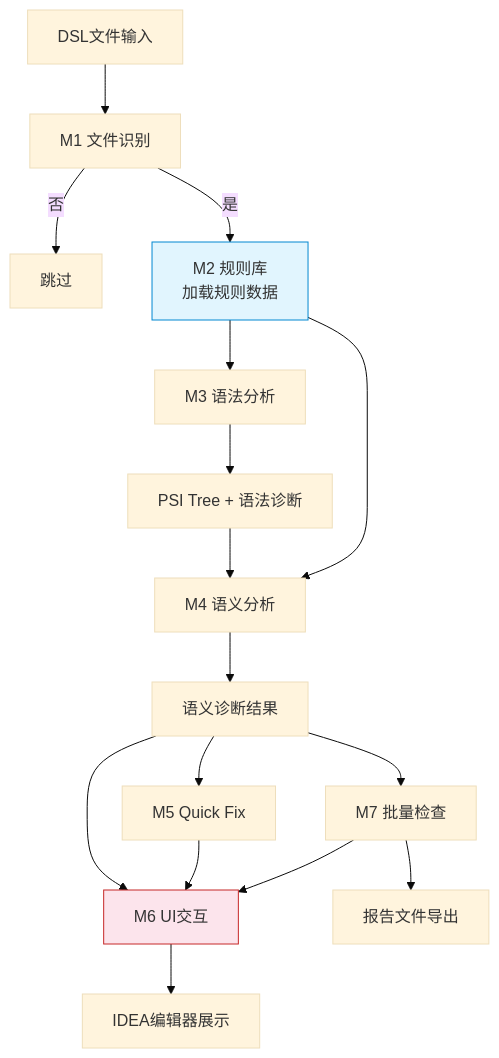
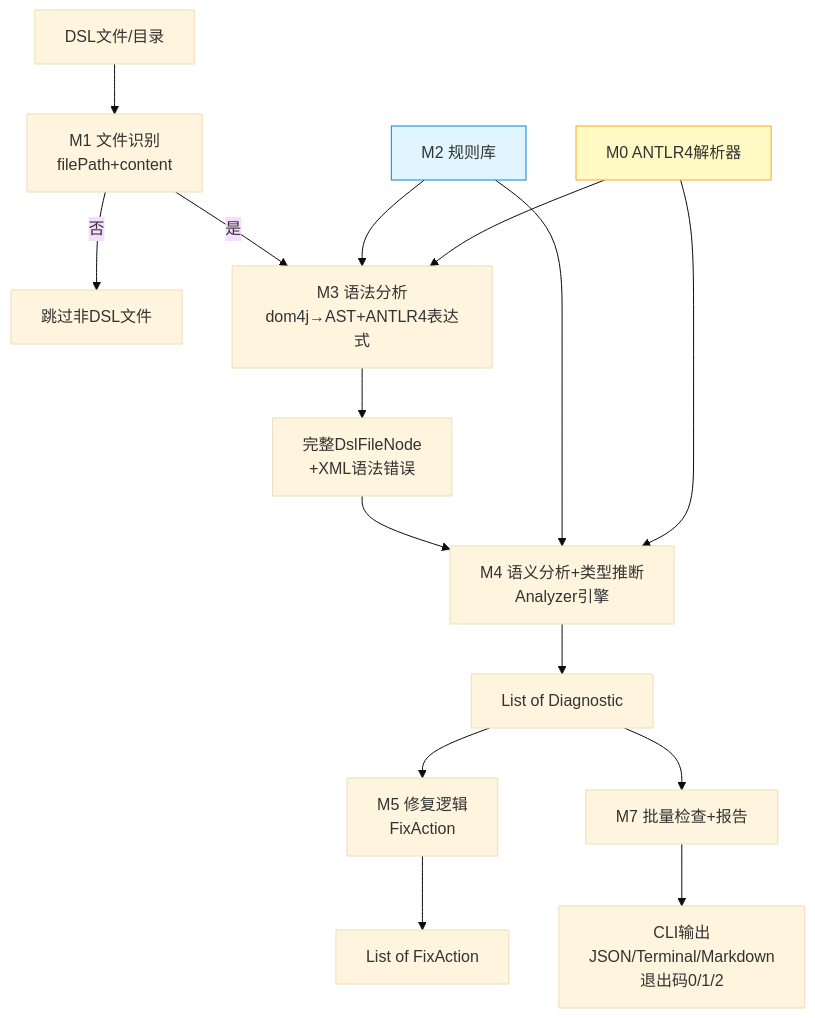
One commit to araragi-koyomin/theme-engine-dsl-static-analyzer changed the second of 3 diagrams in docs/Architecture.md. Above: the diagram before and after it, drawn with Mermaid (base theme). The commit also changed other lines of this file, not shown here.

First line of the commit message:
docs: rewrite Architecture.md for 10-module core/plugin architecture

````diff
--- a/docs/Architecture.md
+++ b/docs/Architecture.md
@@ -87,21 +234,20 @@
 ```mermaid
 flowchart TD
-    Input[DSL文件输入] --> M1[M1 文件识别]
-    M1 -->|否| Skip[跳过]
-    M1 -->|是| M2[M2 规则库<br/>加载规则数据]
-    M2 --> M3[M3 语法分析]
-    M3 --> PSI[PSI Tree + 语法诊断]
-    PSI --> M4[M4 语义分析]
+    Input[DSL文件/目录] --> M1[M1 文件识别<br/>filePath+content]
+    M1 -->|否| Skip[跳过非DSL文件]
+    M1 -->|是| M3[M3 语法分析<br/>dom4j→AST+ANTLR4表达式]
+    M3 --> AST[完整DslFileNode<br/>+XML语法错误]
+    AST --> M4[M4 语义分析+类型推断<br/>Analyzer引擎]
+    M2[M2 规则库] --> M3
     M2 --> M4
-    M4 --> Diagnostic[语义诊断结果]
-    Diagnostic --> M5[M5 Quick Fix]
-    Diagnostic --> M6[M6 UI交互]
-    Diagnostic --> M7[M7 批量检查]
-    M5 --> M6
-    M7 --> M6
-    M6 --> Display[IDEA编辑器展示]
-    M7 --> Export[报告文件导出]
+    M0[M0 ANTLR4解析器] --> M3
+    M0 --> M4
+    M4 --> Diag[List of Diagnostic]
+    Diag --> M5[M5 修复逻辑<br/>FixAction]
+    Diag --> M7[M7 批量检查+报告]
+    M5 --> Fix[List of FixAction]
+    M7 --> Output[CLI输出<br/>JSON/Terminal/Markdown<br/>退出码0/1/2]
 
     style M2 fill:#e1f5fe,stroke:#0288d1
-    style M6 fill:#fce4ec,stroke:#c62828
+    style M0 fill:#fff9c4,stroke:#f9a825
 ```
````
